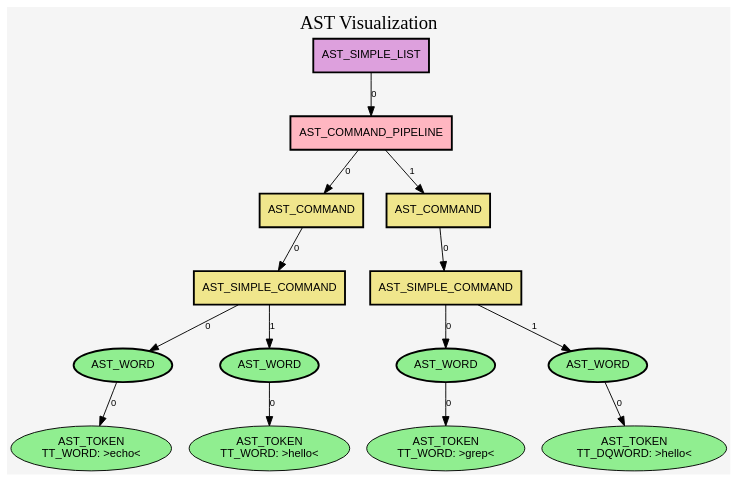
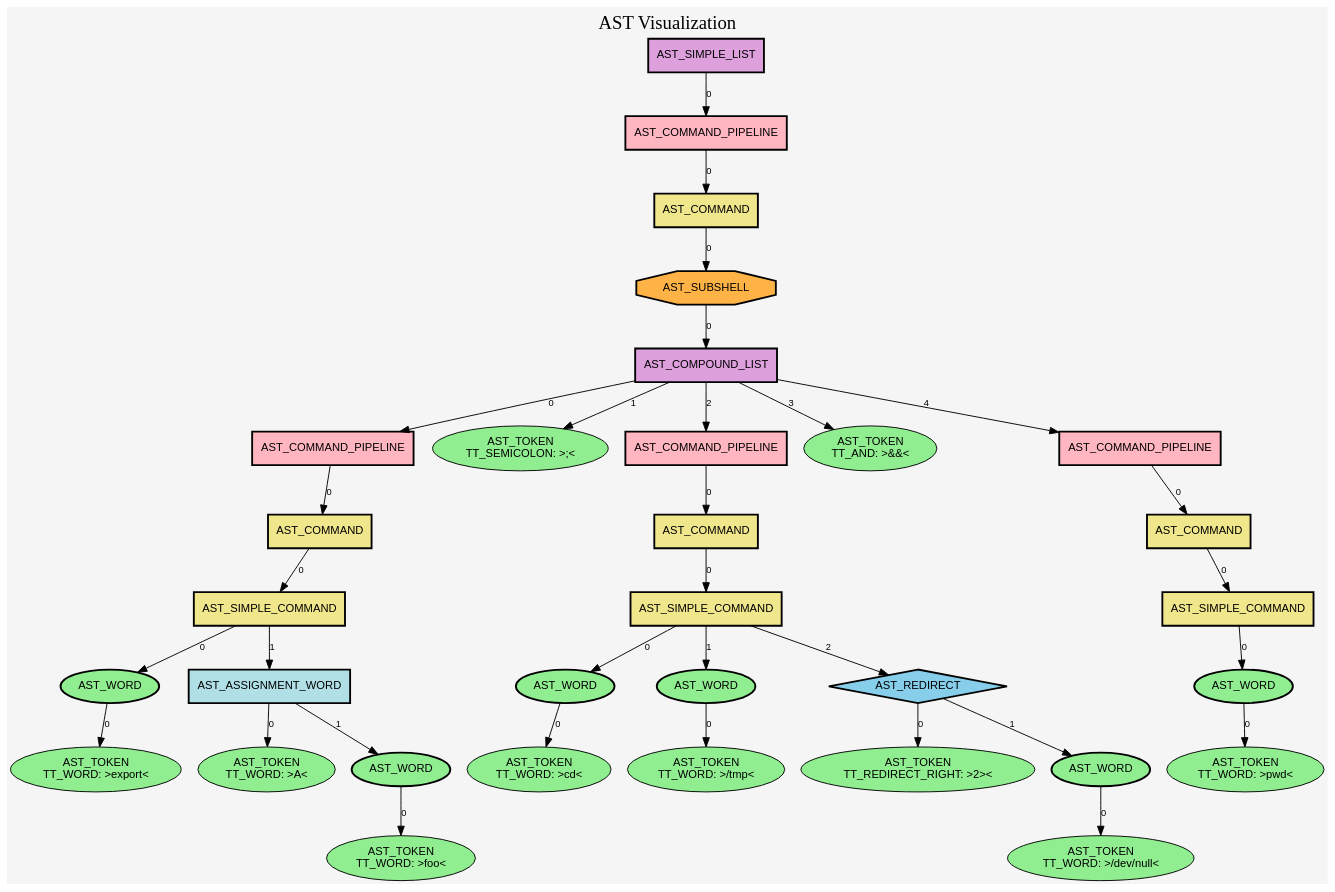
One commit to Univers42/sh42 changed the diagram in out.dot. Above: the diagram before and after it, drawn with Graphviz. The commit also changed 273 other files, not shown here.

```diff
--- a/out.dot
+++ b/out.dot
@@ -1,38 +1,74 @@
 digraph AST {
 	rankdir=TB;
 	node [fontname="Arial", fontsize=12];
 	edge [fontname="Arial", fontsize=10];
 	bgcolor="#F5F5F5";
 
 	n0 [label="AST_SIMPLE_LIST", style=filled, fillcolor="#DDA0DD", shape=box, penwidth=2];
 	n0 -> n3850216102 [label="0"];
 	n3850216102 [label="AST_COMMAND_PIPELINE", style=filled, fillcolor="#FFB6C1", shape=box, penwidth=2];
 	n3850216102 -> n4216142890 [label="0"];
 	n4216142890 [label="AST_COMMAND", style=filled, fillcolor="#F0E68C", shape=box, penwidth=2];
 	n4216142890 -> n4177211283 [label="0"];
-	n4177211283 [label="AST_SIMPLE_COMMAND", style=filled, fillcolor="#F0E68C", shape=box, penwidth=2];
+	n4177211283 [label="AST_SUBSHELL", style=filled, fillcolor="#FFB347", shape=octagon, penwidth=2];
 	n4177211283 -> n3872387439 [label="0"];
-	n3872387439 [label="AST_WORD", style=filled, fillcolor="#90EE90", shape=ellipse, penwidth=2];
+	n3872387439 [label="AST_COMPOUND_LIST", style=filled, fillcolor="#DDA0DD", shape=box, penwidth=2];
 	n3872387439 -> n1663027210 [label="0"];
-	n1663027210 [label="AST_TOKEN\nTT_WORD: >echo<", style=filled, fillcolor="#90EE90", shape=ellipse];
-	n4177211283 -> n4287950519 [label="1"];
-	n4287950519 [label="AST_WORD", style=filled, fillcolor="#90EE90", shape=ellipse, penwidth=2];
+	n1663027210 [label="AST_COMMAND_PIPELINE", style=filled, fillcolor="#FFB6C1", shape=box, penwidth=2];
+	n1663027210 -> n4287950519 [label="0"];
+	n4287950519 [label="AST_COMMAND", style=filled, fillcolor="#F0E68C", shape=box, penwidth=2];
 	n4287950519 -> n1214240581 [label="0"];
-	n1214240581 [label="AST_TOKEN\nTT_WORD: >hello<", style=filled, fillcolor="#90EE90", shape=ellipse];
-	n3850216102 -> n2884641882 [label="1"];
-	n2884641882 [label="AST_COMMAND", style=filled, fillcolor="#F0E68C", shape=box, penwidth=2];
+	n1214240581 [label="AST_SIMPLE_COMMAND", style=filled, fillcolor="#F0E68C", shape=box, penwidth=2];
+	n1214240581 -> n2884641882 [label="0"];
+	n2884641882 [label="AST_WORD", style=filled, fillcolor="#90EE90", shape=ellipse, penwidth=2];
 	n2884641882 -> n1913715028 [label="0"];
-	n1913715028 [label="AST_SIMPLE_COMMAND", style=filled, fillcolor="#F0E68C", shape=box, penwidth=2];
-	n1913715028 -> n1869909955 [label="0"];
-	n1869909955 [label="AST_WORD", style=filled, fillcolor="#90EE90", shape=ellipse, penwidth=2];
+	n1913715028 [label="AST_TOKEN\nTT_WORD: >export<", style=filled, fillcolor="#90EE90", shape=ellipse];
+	n1214240581 -> n1869909955 [label="1"];
+	n1869909955 [label="AST_ASSIGNMENT_WORD", style=filled, fillcolor="#B0E0E6", shape=box, penwidth=2];
 	n1869909955 -> n4129444750 [label="0"];
-	n4129444750 [label="AST_TOKEN\nTT_WORD: >grep<", style=filled, fillcolor="#90EE90", shape=ellipse];
-	n1913715028 -> n1642354536 [label="1"];
+	n4129444750 [label="AST_TOKEN\nTT_WORD: >A<", style=filled, fillcolor="#90EE90", shape=ellipse];
+	n1869909955 -> n1642354536 [label="1"];
 	n1642354536 [label="AST_WORD", style=filled, fillcolor="#90EE90", shape=ellipse, penwidth=2];
 	n1642354536 -> n3546971706 [label="0"];
-	n3546971706 [label="AST_TOKEN\nTT_DQWORD: >hello<", style=filled, fillcolor="#90EE90", shape=ellipse];
+	n3546971706 [label="AST_TOKEN\nTT_WORD: >foo<", style=filled, fillcolor="#90EE90", shape=ellipse];
+	n3872387439 -> n358151651 [label="1"];
+	n358151651 [label="AST_TOKEN\nTT_SEMICOLON: >;<", style=filled, fillcolor="#90EE90", shape=ellipse];
+	n3872387439 -> n2210902177 [label="2"];
+	n2210902177 [label="AST_COMMAND_PIPELINE", style=filled, fillcolor="#FFB6C1", shape=box, penwidth=2];
+	n2210902177 -> n3417925815 [label="0"];
+	n3417925815 [label="AST_COMMAND", style=filled, fillcolor="#F0E68C", shape=box, penwidth=2];
+	n3417925815 -> n281665607 [label="0"];
+	n281665607 [label="AST_SIMPLE_COMMAND", style=filled, fillcolor="#F0E68C", shape=box, penwidth=2];
+	n281665607 -> n1486337203 [label="0"];
+	n1486337203 [label="AST_WORD", style=filled, fillcolor="#90EE90", shape=ellipse, penwidth=2];
+	n1486337203 -> n2877720656 [label="0"];
+	n2877720656 [label="AST_TOKEN\nTT_WORD: >cd<", style=filled, fillcolor="#90EE90", shape=ellipse];
+	n281665607 -> n3867988594 [label="1"];
+	n3867988594 [label="AST_WORD", style=filled, fillcolor="#90EE90", shape=ellipse, penwidth=2];
+	n3867988594 -> n2414726750 [label="0"];
+	n2414726750 [label="AST_TOKEN\nTT_WORD: >/tmp<", style=filled, fillcolor="#90EE90", shape=ellipse];
+	n281665607 -> n2396281555 [label="2"];
+	n2396281555 [label="AST_REDIRECT", style=filled, fillcolor="#87CEEB", shape=diamond, penwidth=2];
+	n2396281555 -> n1854023858 [label="0"];
+	n1854023858 [label="AST_TOKEN\nTT_REDIRECT_RIGHT: >2><", style=filled, fillcolor="#90EE90", shape=ellipse];
+	n2396281555 -> n3052391197 [label="1"];
+	n3052391197 [label="AST_WORD", style=filled, fillcolor="#90EE90", shape=ellipse, penwidth=2];
+	n3052391197 -> n201897309 [label="0"];
+	n201897309 [label="AST_TOKEN\nTT_WORD: >/dev/null<", style=filled, fillcolor="#90EE90", shape=ellipse];
+	n3872387439 -> n2998363345 [label="3"];
+	n2998363345 [label="AST_TOKEN\nTT_AND: >&&<", style=filled, fillcolor="#90EE90", shape=ellipse];
+	n3872387439 -> n1324560705 [label="4"];
+	n1324560705 [label="AST_COMMAND_PIPELINE", style=filled, fillcolor="#FFB6C1", shape=box, penwidth=2];
+	n1324560705 -> n3685588353 [label="0"];
+	n3685588353 [label="AST_COMMAND", style=filled, fillcolor="#F0E68C", shape=box, penwidth=2];
+	n3685588353 -> n817116335 [label="0"];
+	n817116335 [label="AST_SIMPLE_COMMAND", style=filled, fillcolor="#F0E68C", shape=box, penwidth=2];
+	n817116335 -> n1845445345 [label="0"];
+	n1845445345 [label="AST_WORD", style=filled, fillcolor="#90EE90", shape=ellipse, penwidth=2];
+	n1845445345 -> n1460061465 [label="0"];
+	n1460061465 [label="AST_TOKEN\nTT_WORD: >pwd<", style=filled, fillcolor="#90EE90", shape=ellipse];
 
 	labelloc="t";
 	label="AST Visualization";
 	fontsize=20;
 }
```
